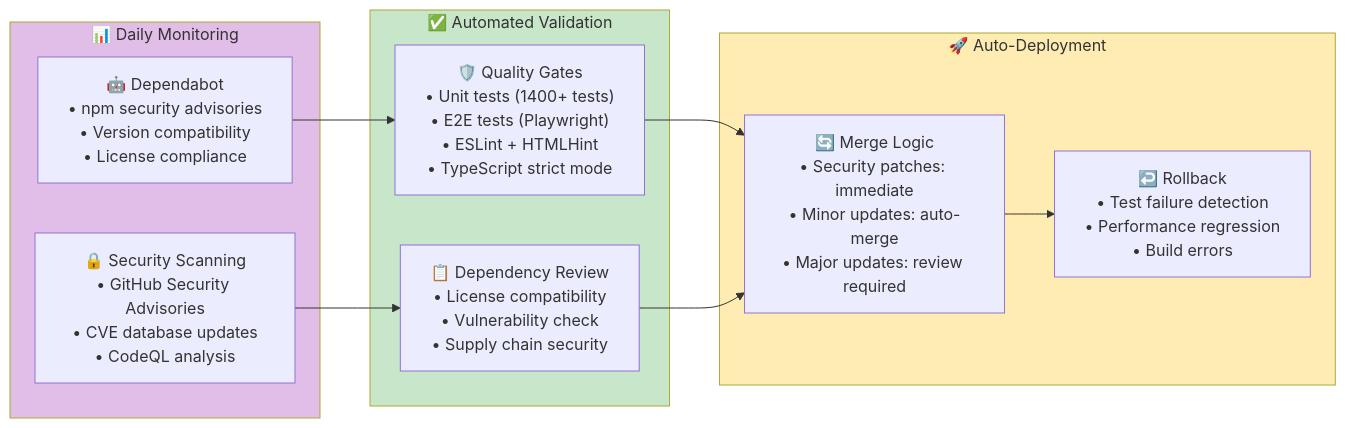
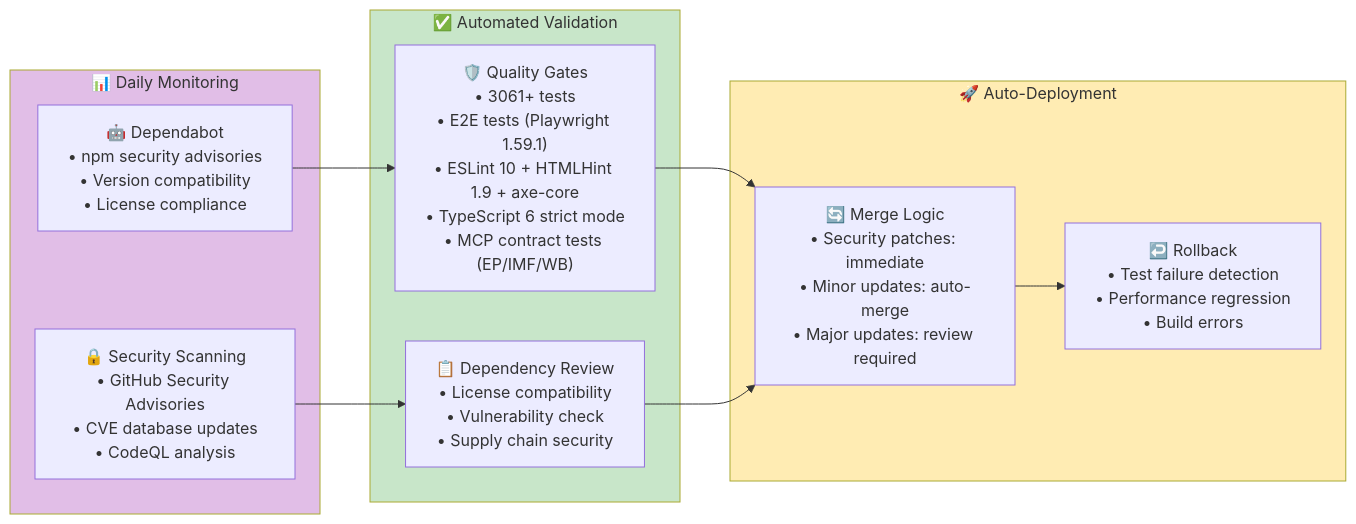
Before and after one commit to Hack23/euparliamentmonitor: the fourth of 6 diagrams in docs/api/media/End-of-Life-Strategy.md, drawn with Mermaid. The commit also changed other lines of this file and 1391 other files, not shown here.

````diff
--- a/docs/api/media/End-of-Life-Strategy.md
+++ b/docs/api/media/End-of-Life-Strategy.md
@@ -330,27 +363,27 @@
 ```mermaid
 flowchart LR
     subgraph MONITORING["📊 Daily Monitoring"]
         DEPENDABOT["🤖 Dependabot<br/>• npm security advisories<br/>• Version compatibility<br/>• License compliance"]
         SECURITY_SCAN["🔒 Security Scanning<br/>• GitHub Security Advisories<br/>• CVE database updates<br/>• CodeQL analysis"]
     end
 
     subgraph VALIDATION["✅ Automated Validation"]
-        QUALITY_GATES["🛡️ Quality Gates<br/>• Unit tests (1400+ tests)<br/>• E2E tests (Playwright)<br/>• ESLint + HTMLHint<br/>• TypeScript strict mode"]
+        QUALITY_GATES["🛡️ Quality Gates<br/>• 3061+ tests<br/>• E2E tests (Playwright 1.59.1)<br/>• ESLint 10 + HTMLHint 1.9 + axe-core<br/>• TypeScript 6 strict mode<br/>• MCP contract tests (EP/IMF/WB)"]
         REVIEW_ACTION["📋 Dependency Review<br/>• License compatibility<br/>• Vulnerability check<br/>• Supply chain security"]
     end
 
     subgraph DEPLOYMENT["🚀 Auto-Deployment"]
         AUTO_MERGE["🔄 Merge Logic<br/>• Security patches: immediate<br/>• Minor updates: auto-merge<br/>• Major updates: review required"]
         ROLLBACK["↩️ Rollback<br/>• Test failure detection<br/>• Performance regression<br/>• Build errors"]
     end
 
     DEPENDABOT --> QUALITY_GATES
     SECURITY_SCAN --> REVIEW_ACTION
     QUALITY_GATES --> AUTO_MERGE
     REVIEW_ACTION --> AUTO_MERGE
     AUTO_MERGE --> ROLLBACK
 
     style MONITORING fill:#e1bee7
     style VALIDATION fill:#c8e6c9
     style DEPLOYMENT fill:#ffecb3
 ```
````
